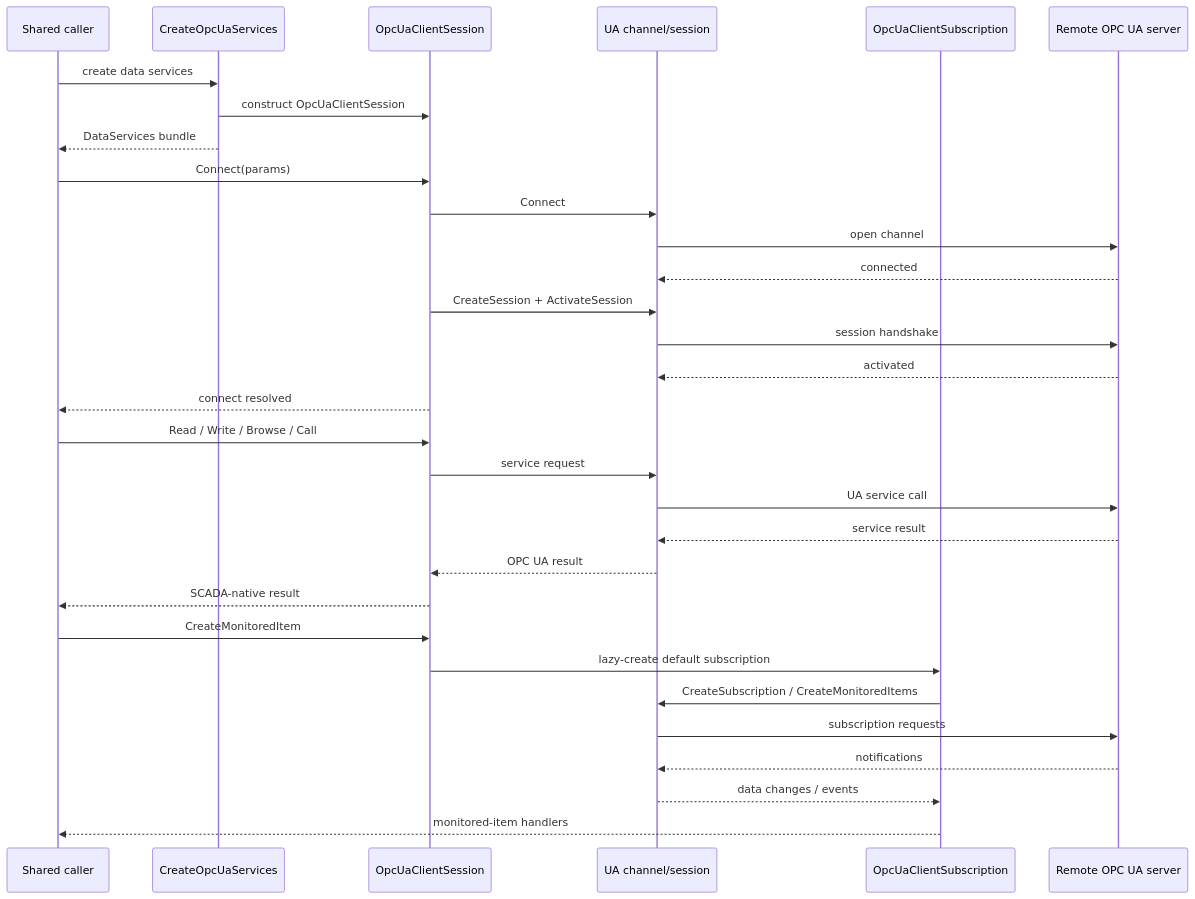
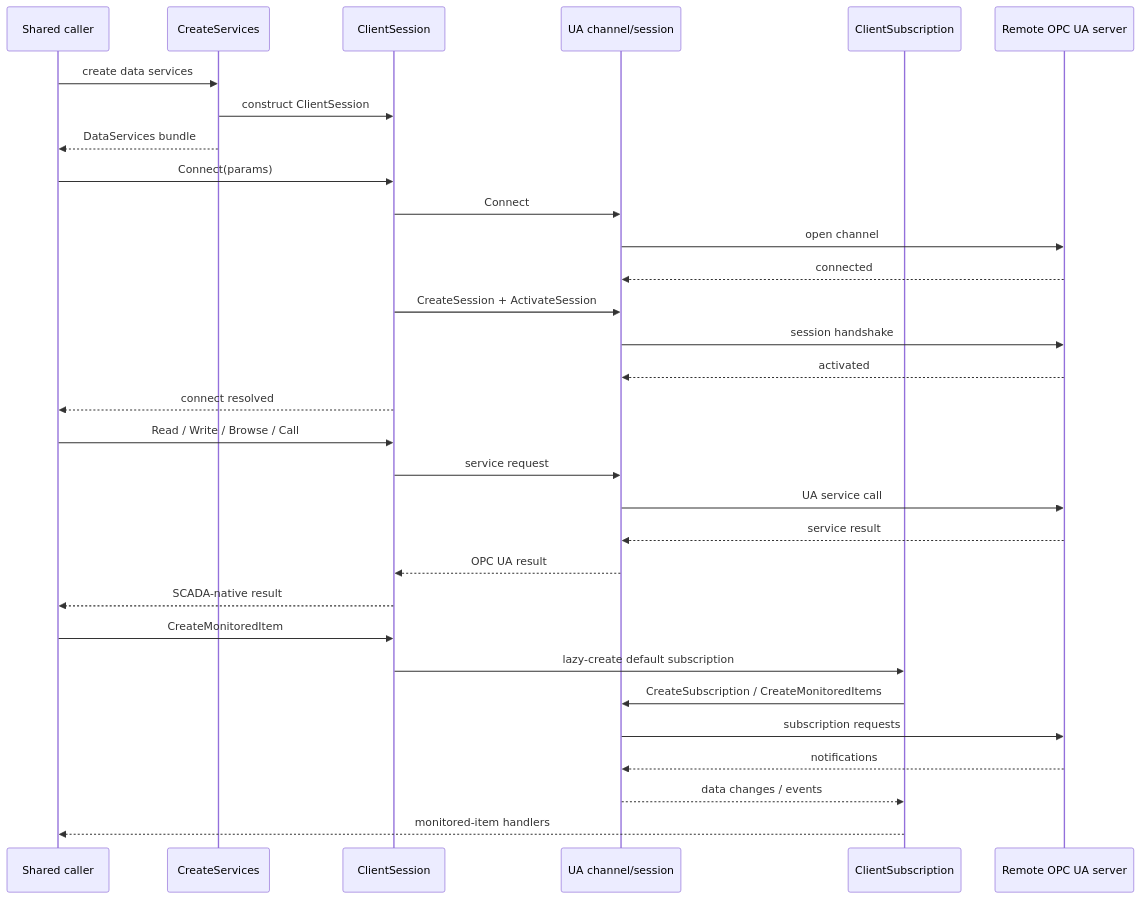
The diagram in docs/diagrams/opcua_client_session_flow.mmd (alexsmn/scada-common), drawn with Mermaid before and after one commit. The commit also changed 100 other files, not shown here.

```diff
--- a/docs/diagrams/opcua_client_session_flow.mmd
+++ b/docs/diagrams/opcua_client_session_flow.mmd
@@ -1,35 +1,35 @@
 sequenceDiagram
     participant Caller as Shared caller
-    participant Factory as CreateOpcUaServices
-    participant Session as OpcUaClientSession
+    participant Factory as CreateServices
+    participant Session as ClientSession
     participant Channel as UA channel/session
-    participant Sub as OpcUaClientSubscription
+    participant Sub as ClientSubscription
     participant Peer as Remote OPC UA server
 
     Caller->>Factory: create data services
-    Factory->>Session: construct OpcUaClientSession
+    Factory->>Session: construct ClientSession
     Factory-->>Caller: DataServices bundle
 
     Caller->>Session: Connect(params)
     Session->>Channel: Connect
     Channel->>Peer: open channel
     Peer-->>Channel: connected
     Session->>Channel: CreateSession + ActivateSession
     Channel->>Peer: session handshake
     Peer-->>Channel: activated
     Session-->>Caller: connect resolved
 
     Caller->>Session: Read / Write / Browse / Call
     Session->>Channel: service request
     Channel->>Peer: UA service call
     Peer-->>Channel: service result
     Channel-->>Session: OPC UA result
     Session-->>Caller: SCADA-native result
 
     Caller->>Session: CreateMonitoredItem
     Session->>Sub: lazy-create default subscription
     Sub->>Channel: CreateSubscription / CreateMonitoredItems
     Channel->>Peer: subscription requests
     Peer-->>Channel: notifications
     Channel-->>Sub: data changes / events
     Sub-->>Caller: monitored-item handlers
```
